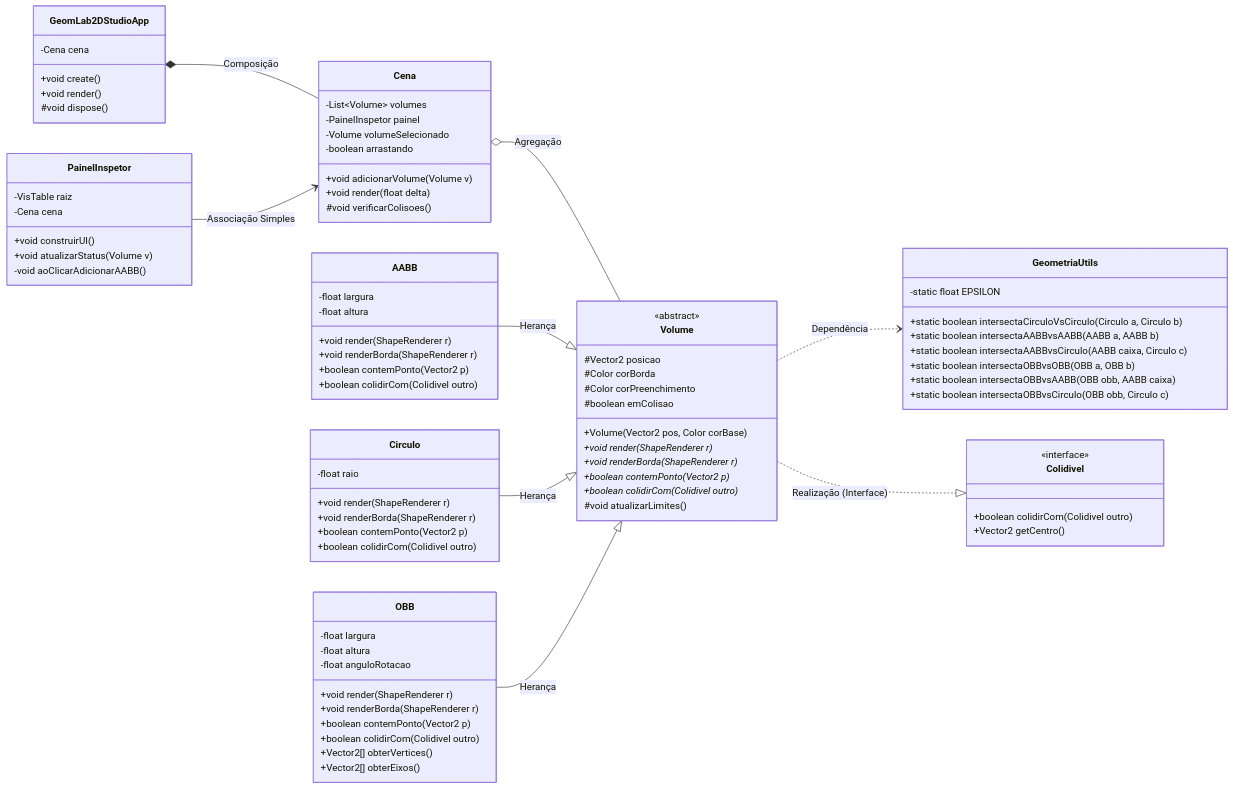
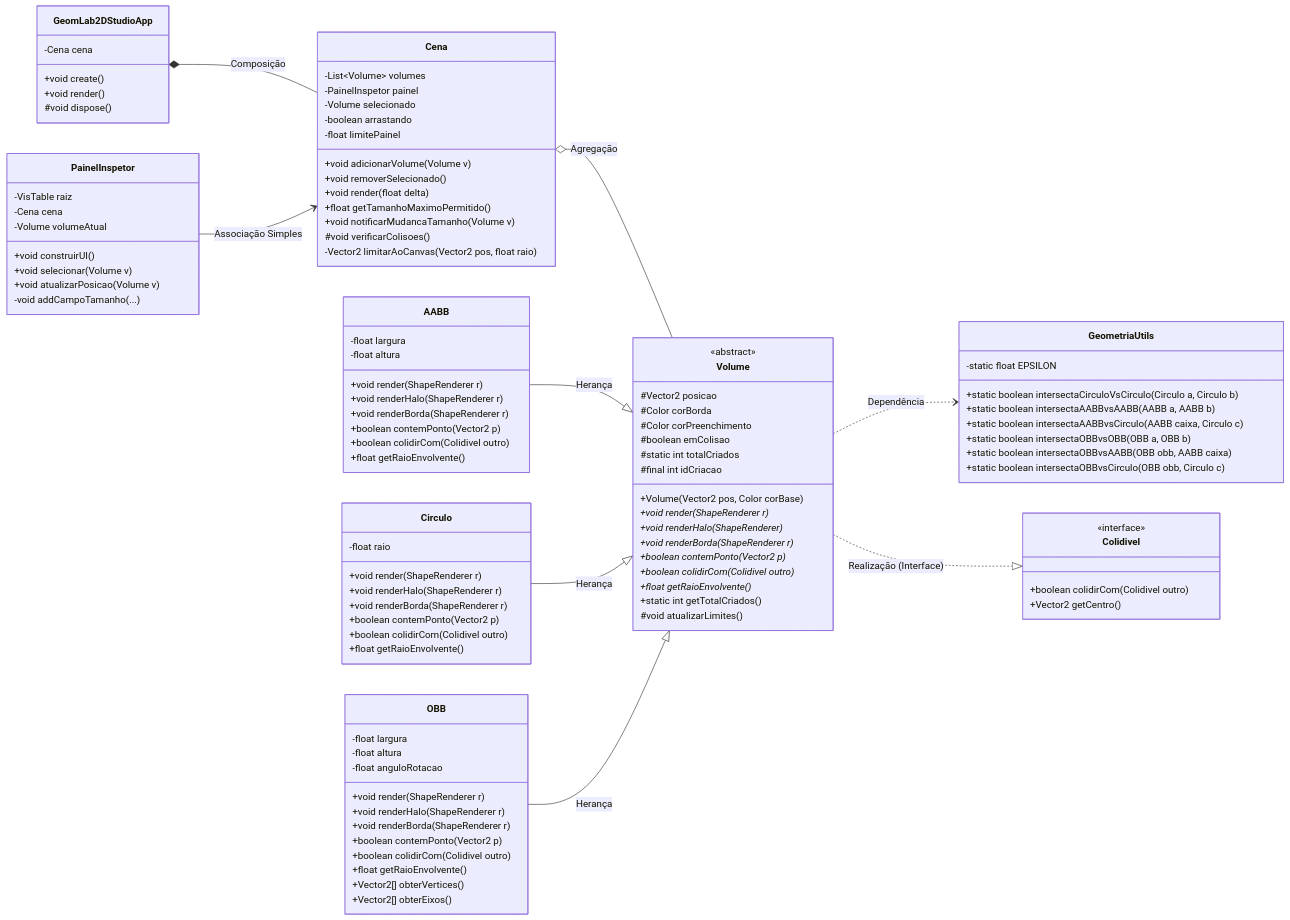
Before and after one commit to tuliolivas/geomlab-2d-studio: the diagram in docs/ARCHITECTURE.md, drawn with Mermaid. The commit also changed other lines of this file, not shown here.

First line of the commit message:
Revise architectural specification for clarity

```diff
--- a/docs/ARCHITECTURE.md
+++ b/docs/ARCHITECTURE.md
@@ -45,19 +45,26 @@
     class Cena {
         -List~Volume~ volumes
         -PainelInspetor painel
-        -Volume volumeSelecionado
+        -Volume selecionado
         -boolean arrastando
+        -float limitePainel
         +void adicionarVolume(Volume v)
+        +void removerSelecionado()
         +void render(float delta)
+        +float getTamanhoMaximoPermitido()
+        +void notificarMudancaTamanho(Volume v)
         #void verificarColisoes()
+        -Vector2 limitarAoCanvas(Vector2 pos, float raio)
     }
 
     class PainelInspetor {
         -VisTable raiz
         -Cena cena
+        -Volume volumeAtual
         +void construirUI()
-        +void atualizarStatus(Volume v)
-        -void aoClicarAdicionarAABB()
+        +void selecionar(Volume v)
+        +void atualizarPosicao(Volume v)
+        -void addCampoTamanho(...)
     }
 
     class Colidivel {
@@ -72,11 +79,16 @@
         #Color corBorda
         #Color corPreenchimento
         #boolean emColisao
+        #static int totalCriados
+        #final int idCriacao
         +Volume(Vector2 pos, Color corBase)
         +void render(ShapeRenderer r)*
+        +void renderHalo(ShapeRenderer)*
         +void renderBorda(ShapeRenderer r)*
         +boolean contemPonto(Vector2 p)*
         +boolean colidirCom(Colidivel outro)*
+        +float getRaioEnvolvente()*
+        +static int getTotalCriados()
         #void atualizarLimites()
     }
 
@@ -84,17 +96,21 @@
         -float largura
         -float altura
         +void render(ShapeRenderer r)
+        +void renderHalo(ShapeRenderer r)
         +void renderBorda(ShapeRenderer r)
         +boolean contemPonto(Vector2 p)
         +boolean colidirCom(Colidivel outro)
+        +float getRaioEnvolvente()
     }
 
     class Circulo {
         -float raio
         +void render(ShapeRenderer r)
+        +void renderHalo(ShapeRenderer r)
         +void renderBorda(ShapeRenderer r)
         +boolean contemPonto(Vector2 p)
         +boolean colidirCom(Colidivel outro)
+        +float getRaioEnvolvente()
     }
 
     class OBB {
@@ -102,9 +118,11 @@
         -float altura
         -float anguloRotacao
         +void render(ShapeRenderer r)
+        +void renderHalo(ShapeRenderer r)
         +void renderBorda(ShapeRenderer r)
         +boolean contemPonto(Vector2 p)
         +boolean colidirCom(Colidivel outro)
+        +float getRaioEnvolvente()
         +Vector2[] obterVertices()
         +Vector2[] obterEixos()
     }
```
